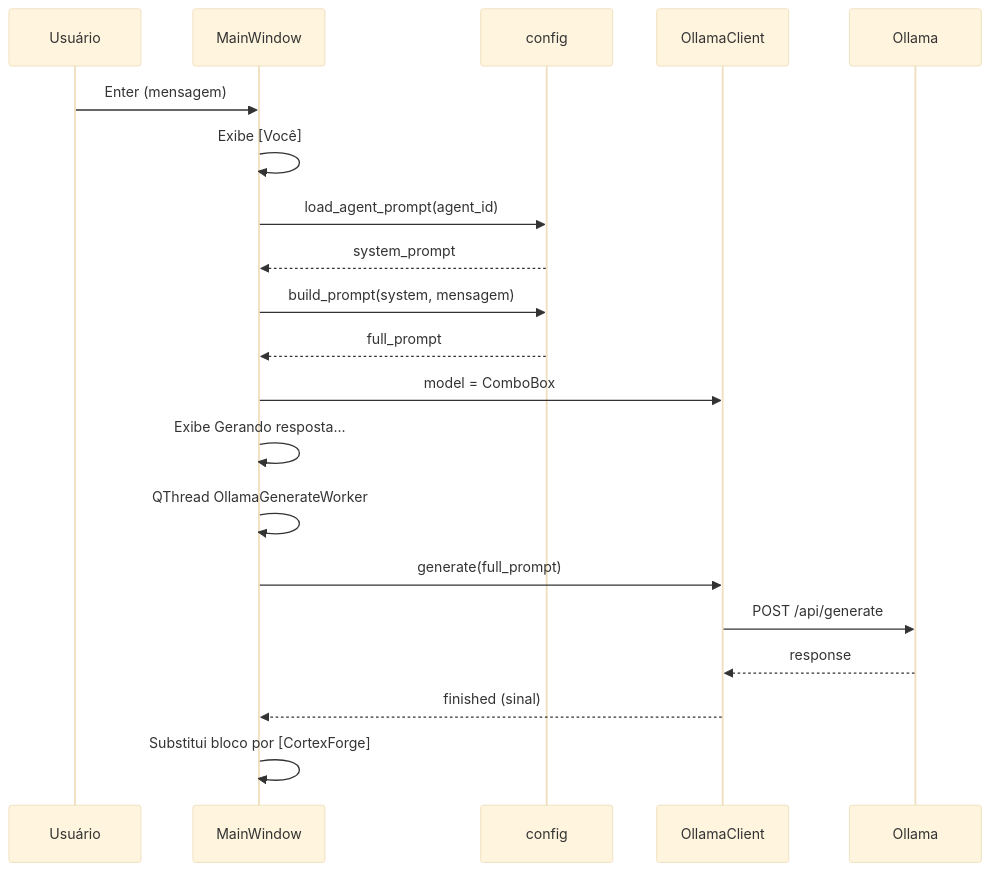
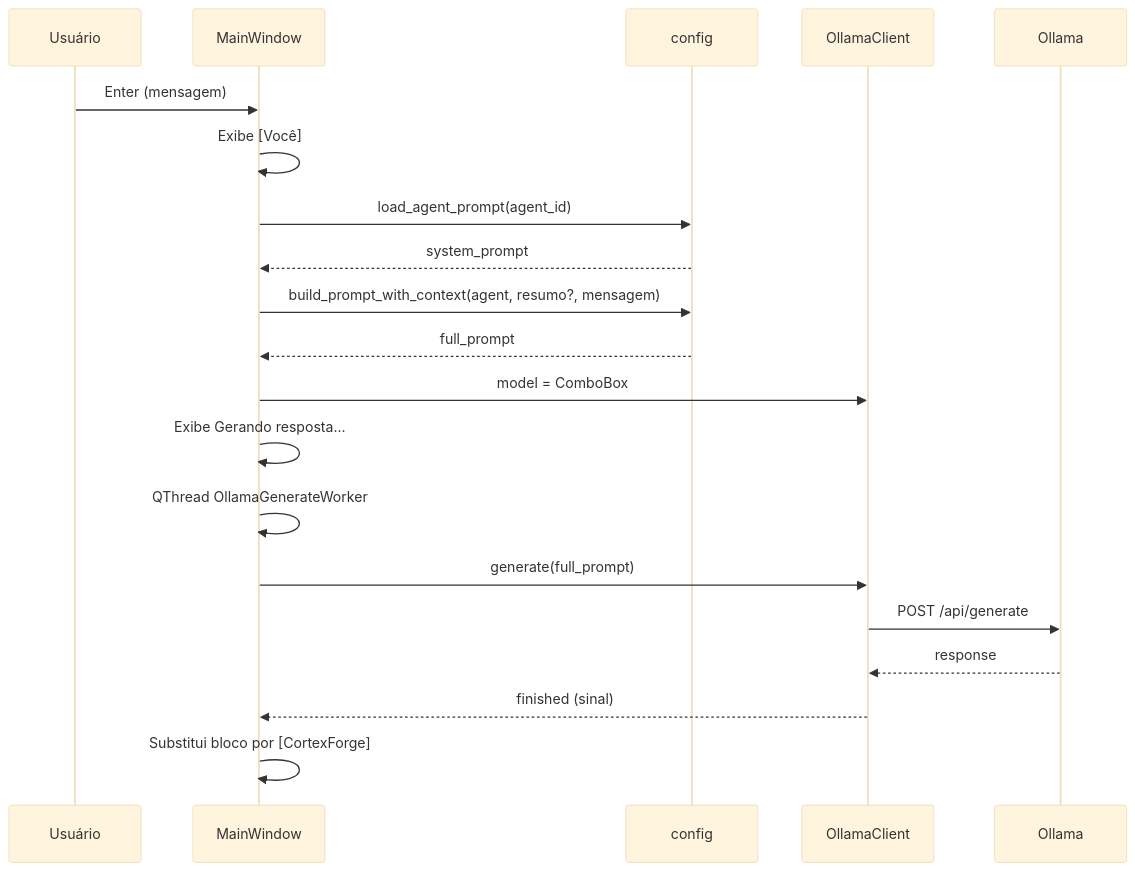
One commit to nilknarfsam/CortexForge changed the diagram in docs/ARCHITECTURE.md. Above: the diagram before and after it, drawn with Mermaid (base theme). The commit also changed other lines of this file and 6 other files, not shown here.

````diff
--- a/docs/ARCHITECTURE.md
+++ b/docs/ARCHITECTURE.md
@@ -91,23 +109,23 @@
 ```mermaid
 sequenceDiagram
     participant U as Usuário
     participant MW as MainWindow
     participant CFG as config
     participant OC as OllamaClient
     participant OL as Ollama
 
     U->>MW: Enter (mensagem)
     MW->>MW: Exibe [Você]
     MW->>CFG: load_agent_prompt(agent_id)
     CFG-->>MW: system_prompt
-    MW->>CFG: build_prompt(system, mensagem)
+    MW->>CFG: build_prompt_with_context(agent, resumo?, mensagem)
     CFG-->>MW: full_prompt
     MW->>OC: model = ComboBox
     MW->>MW: Exibe Gerando resposta...
     MW->>MW: QThread OllamaGenerateWorker
     MW->>OC: generate(full_prompt)
     OC->>OL: POST /api/generate
     OL-->>OC: response
     OC-->>MW: finished (sinal)
     MW->>MW: Substitui bloco por [CortexForge]
 ```
````
